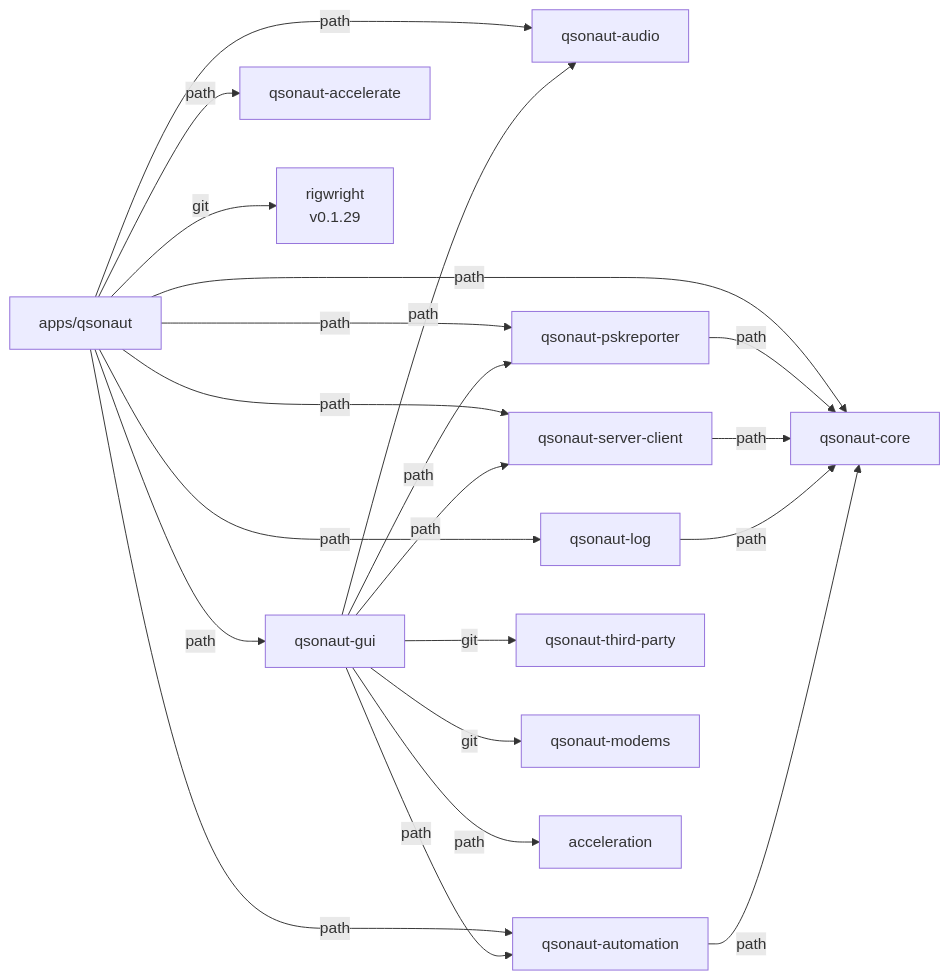
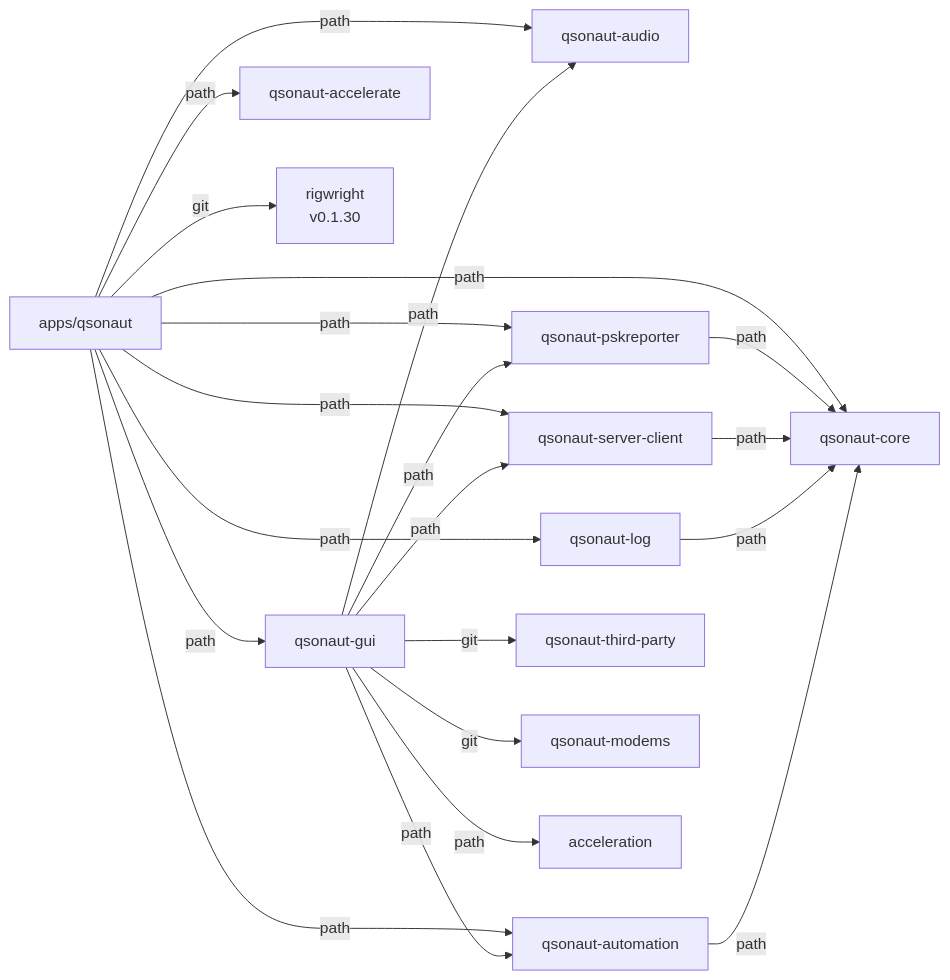
The third of 6 diagrams in docs/ARCHITECTURE.md (nicksbar/QSONaut), drawn with Mermaid before and after one commit. The commit also changed other lines of this file and 3 other files, not shown here.

````diff
--- a/docs/ARCHITECTURE.md
+++ b/docs/ARCHITECTURE.md
@@ -90,38 +90,38 @@
 ```mermaid
 graph LR
     qsonaut[apps/qsonaut]
     audio[qsonaut-audio]
     core[qsonaut-core]
     gui[qsonaut-gui]
     log[qsonaut-log]
     automation[qsonaut-automation]
     psk[qsonaut-pskreporter]
     server-client[qsonaut-server-client]
     accelerate[qsonaut-accelerate]
     third-party[qsonaut-third-party]
     modems[qsonaut-modems]
-    rigwright[rigwright<br/>v0.1.29]
+    rigwright[rigwright<br/>v0.1.30]
     
     qsonaut -->|path| gui
     qsonaut -->|path| core
     qsonaut -->|path| audio
     qsonaut -->|path| log
     qsonaut -->|path| automation
     qsonaut -->|path| psk
     qsonaut -->|path| server-client
     qsonaut -->|path| accelerate
     qsonaut -->|git| rigwright
     
     gui -->|git| third-party
     gui -->|git| modems
     gui -->|path| audio
     gui -->|path| acceleration
     gui -->|path| automation
     gui -->|path| server-client
     gui -->|path| psk
     
     psk -->|path| core
     server-client -->|path| core
     log -->|path| core
     automation -->|path| core
 ```
````
